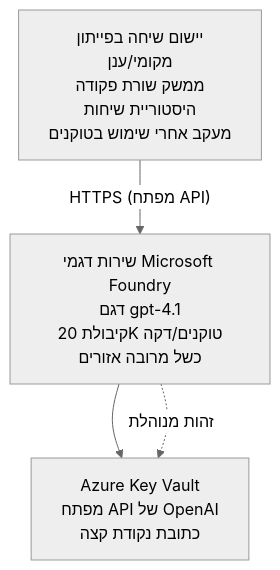
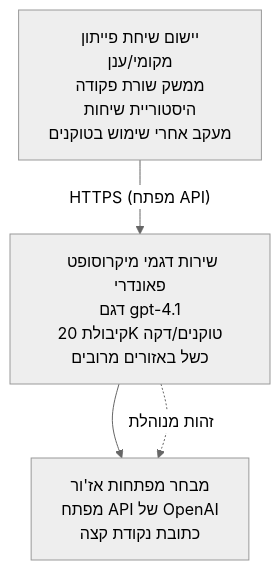
The diagram in translations/he/examples/azure-openai-chat/README.md (microsoft/AZD-for-beginners), drawn with Mermaid (neutral theme) before and after one commit. The commit also changed other lines of this file and 104 other files, not shown here.

````diff
--- a/translations/he/examples/azure-openai-chat/README.md
+++ b/translations/he/examples/azure-openai-chat/README.md
@@ -26,6 +26,6 @@
 ```mermaid
 graph TD
-    App[יישום שיחה בפייתון<br/>מקומי/ענן<br/>ממשק שורת פקודה<br/>היסטוריית שיחות<br/>מעקב אחרי שימוש בטוקנים] -- "HTTPS (מפתח API)" --> Foundry[שירות דגמי Microsoft Foundry<br/>דגם gpt-4.1<br/>קיבולת 20K טוקנים/דקה<br/>כשל מרובה אזורים]
-    Foundry --> KV[Azure Key Vault<br/>מפתח API של OpenAI<br/>כתובת נקודת קצה]
+    App[יישום שיחת פייתון<br/>מקומי/ענן<br/>ממשק שורת פקודה<br/>היסטוריית שיחות<br/>מעקב אחרי שימוש בטוקנים] -- "HTTPS (מפתח API)" --> Foundry[שירות דגמי מיקרוסופט פאונדרי<br/>דגם gpt-4.1<br/>קיבולת 20K טוקנים/דקה<br/>כשל באזורים מרובים]
+    Foundry --> KV[מבחר מפתחות אז'ור<br/>מפתח API של OpenAI<br/>כתובת נקודת קצה]
     Foundry -. זהות מנוהלת .-> KV
 ```
````
